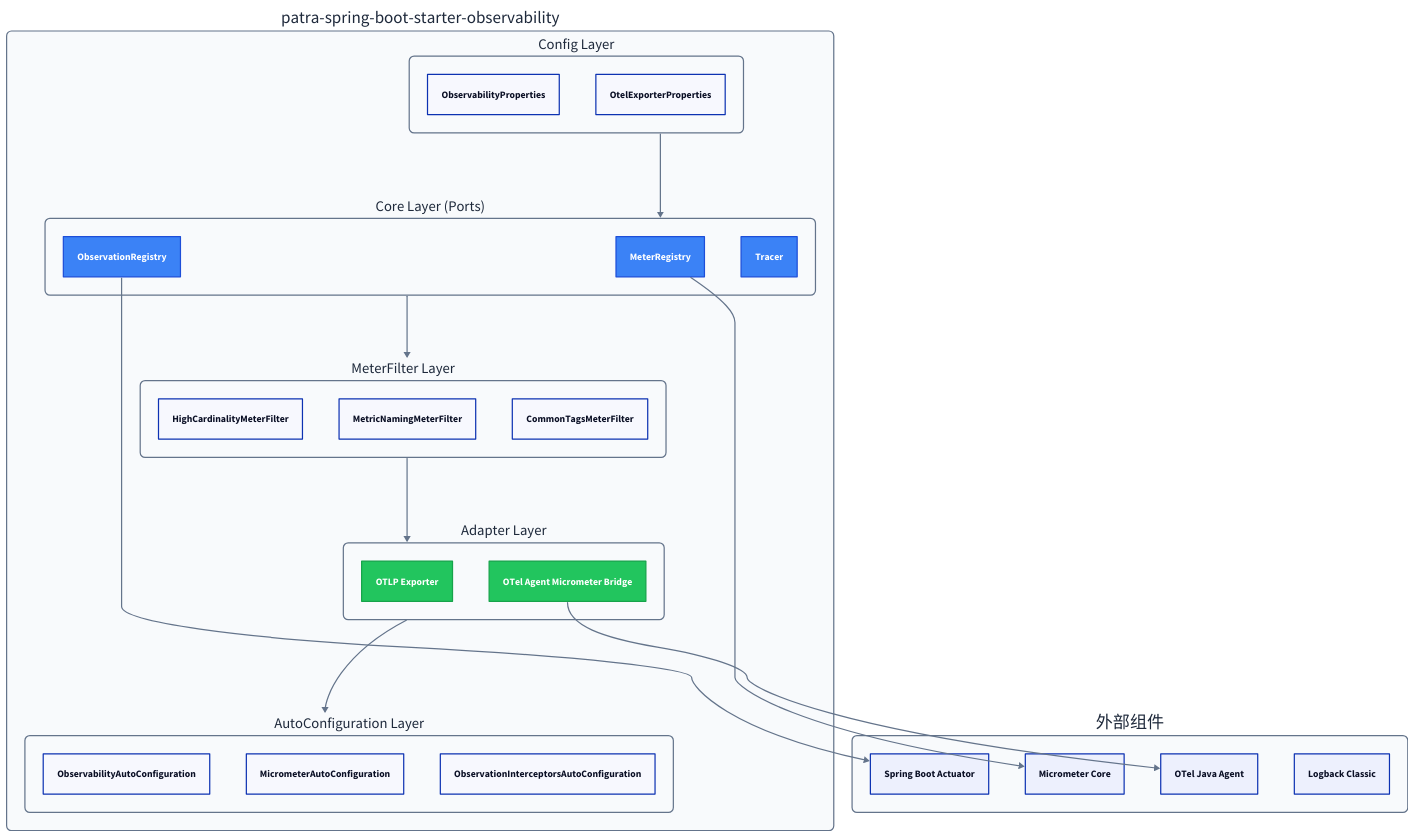
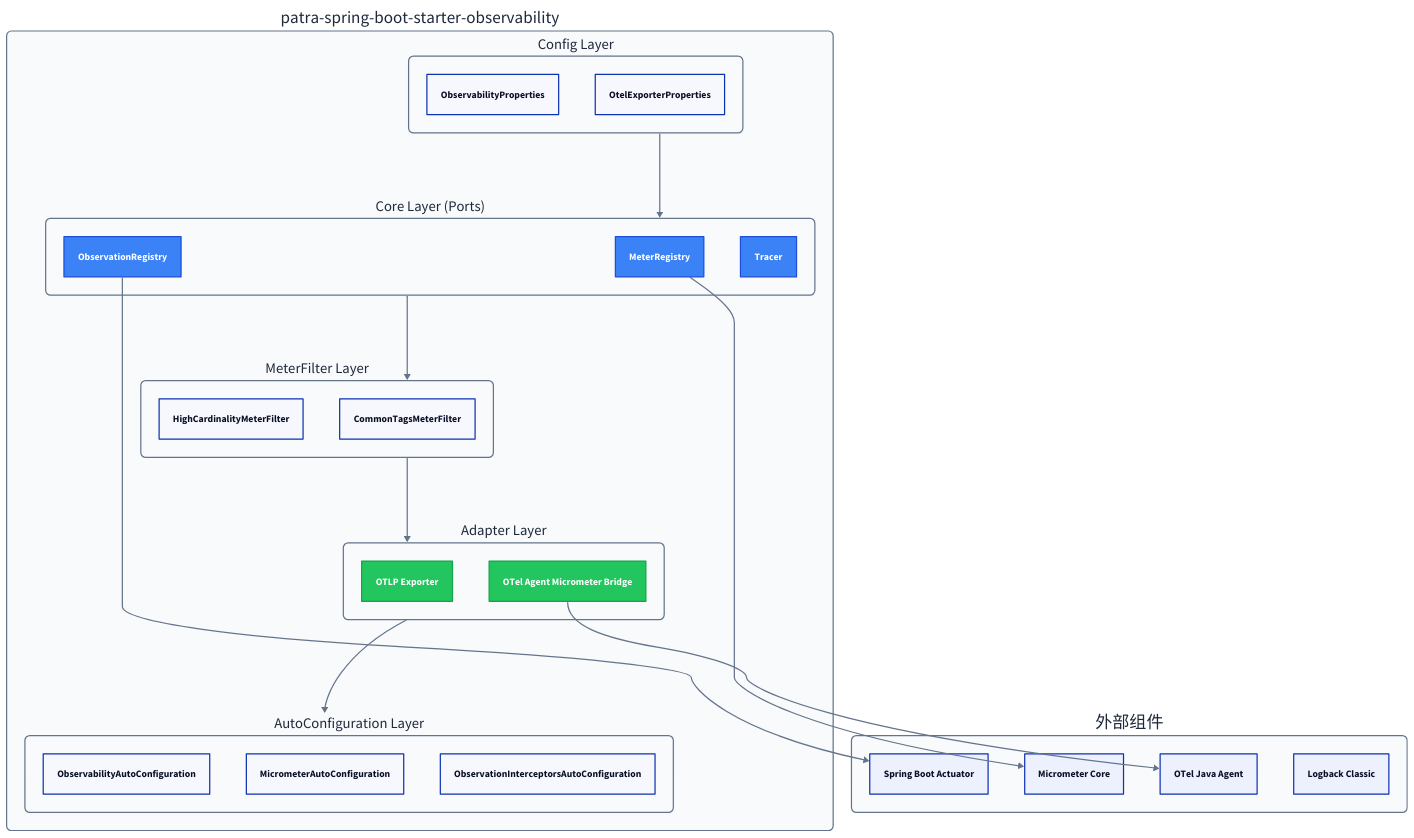
Before and after one commit to linqibin0826/patra: the fifth of 6 diagrams in patra-api/docs/designs/observability/02-architecture.md, drawn with D2. The commit also changed other lines of this file and 3 other files, not shown here.

```diff
--- a/patra-api/docs/designs/observability/02-architecture.md
+++ b/patra-api/docs/designs/observability/02-architecture.md
@@ -385,7 +385,6 @@
     class: layer
 
     cardinality_f: HighCardinalityMeterFilter
-    naming_f: MetricNamingMeterFilter
     tags_f: CommonTagsMeterFilter
   }
 
```
